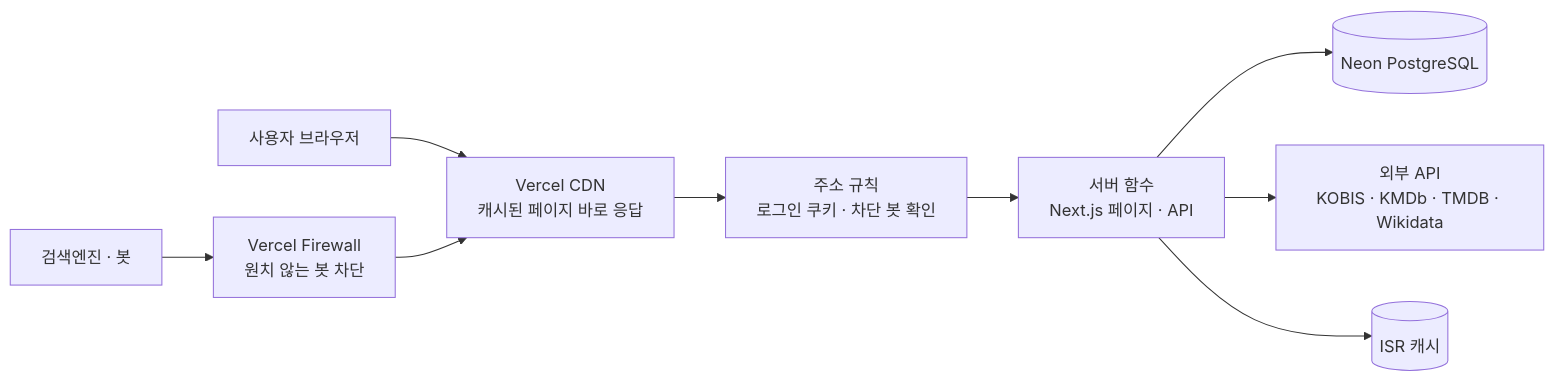
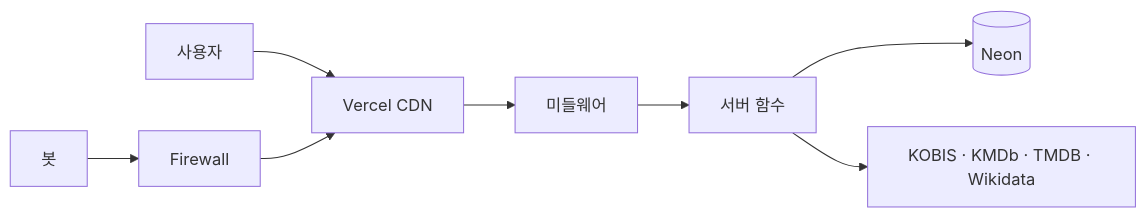
One commit to Kang-min-jae/review-kobis changed the diagram in README.md. Above: the diagram before and after it, drawn with Mermaid. The commit also changed other lines of this file, not shown here.

````diff
--- a/README.md
+++ b/README.md
@@ -55,11 +48,9 @@
 ```mermaid
 flowchart LR
-    U[사용자 브라우저] --> CDN[Vercel CDN<br/>캐시된 페이지 바로 응답]
-    B[검색엔진 · 봇] --> FW[Vercel Firewall<br/>원치 않는 봇 차단]
-    FW --> CDN
-    CDN --> R[주소 규칙<br/>로그인 쿠키 · 차단 봇 확인]
-    R --> F[서버 함수<br/>Next.js 페이지 · API]
-    F --> DB[(Neon PostgreSQL)]
-    F --> API[외부 API<br/>KOBIS · KMDb · TMDB · Wikidata]
-    F --> ISR[(ISR 캐시)]
+    U[사용자] --> CDN[Vercel CDN]
+    B[봇] --> FW[Firewall] --> CDN
+    CDN --> MW[미들웨어]
+    MW --> F[서버 함수]
+    F --> DB[(Neon)]
+    F --> API[KOBIS · KMDb · TMDB · Wikidata]
 ```
````
